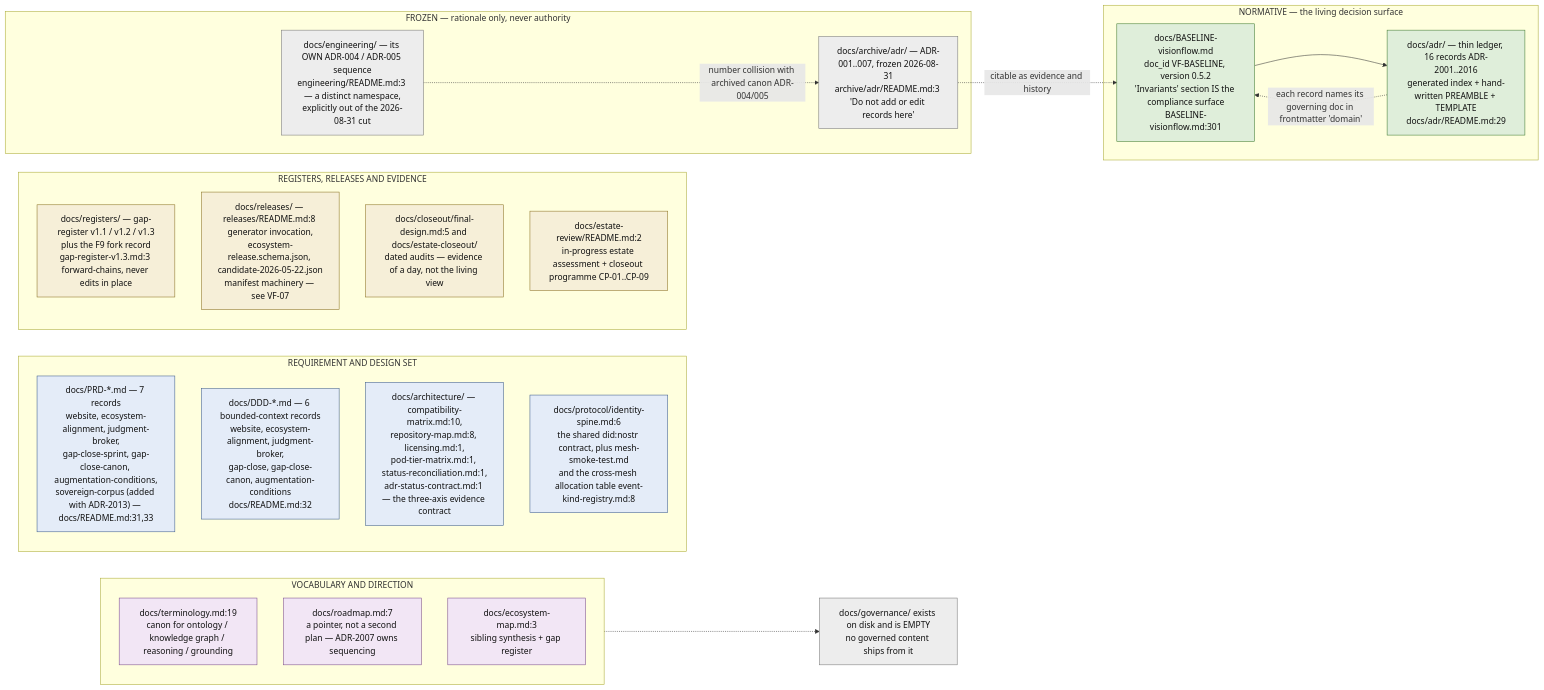
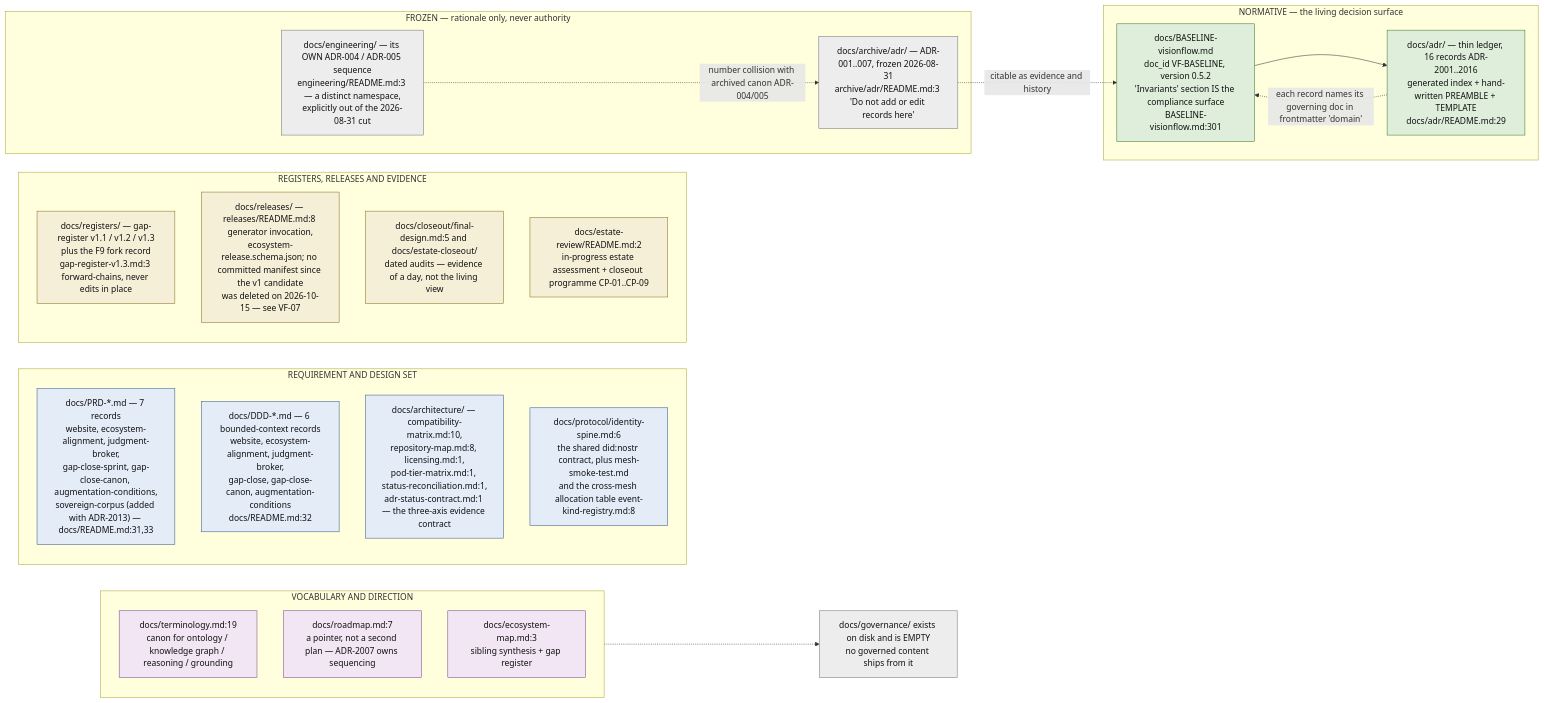
Before and after one commit to DreamLab-AI/VisionFlow: the first of 11 diagrams in docs/diagrams/visionflow/01-repo-composition-and-canon.md, drawn with Mermaid. The commit also changed other lines of this file and 10 other files, not shown here.

First line of the commit message:
docs(diagrams): close ER-1 to ER-4 and ER-33 across ten topics, re-stamped

````diff
--- a/docs/diagrams/visionflow/01-repo-composition-and-canon.md
+++ b/docs/diagrams/visionflow/01-repo-composition-and-canon.md
@@ -66,45 +65,45 @@
 ```mermaid
 flowchart LR
     classDef norm fill:#dfeeda,stroke:#3f7a2f,color:#111
     classDef spec fill:#e4ecf8,stroke:#3a5a8a,color:#111
     classDef reg fill:#f6efd8,stroke:#8a7020,color:#111
     classDef frozen fill:#ededed,stroke:#777,color:#111
     classDef other fill:#f2e6f5,stroke:#7a4a8a,color:#111
 
     subgraph LIVING["NORMATIVE — the living decision surface"]
         BASE["docs/BASELINE-visionflow.md<br/>doc_id VF-BASELINE, version 0.5.2<br/>'Invariants' section IS the compliance surface<br/>BASELINE-visionflow.md:301"]:::norm
         LED["docs/adr/ — thin ledger, 16 records ADR-2001..2016<br/>generated index + hand-written PREAMBLE + TEMPLATE<br/>docs/adr/README.md:29"]:::norm
     end
 
     subgraph SPECS["REQUIREMENT AND DESIGN SET"]
         PRD["docs/PRD-*.md — 7 records<br/>website, ecosystem-alignment, judgment-broker,<br/>gap-close-sprint, gap-close-canon, augmentation-conditions,<br/>sovereign-corpus (added with ADR-2013) — docs/README.md:31,33"]:::spec
         DDD["docs/DDD-*.md — 6 bounded-context records<br/>website, ecosystem-alignment, judgment-broker,<br/>gap-close, gap-close-canon, augmentation-conditions<br/>docs/README.md:32"]:::spec
         ARCH["docs/architecture/ — compatibility-matrix.md:10,<br/>repository-map.md:8, licensing.md:1,<br/>pod-tier-matrix.md:1, status-reconciliation.md:1,<br/>adr-status-contract.md:1 — the three-axis evidence contract"]:::spec
         PROTO["docs/protocol/identity-spine.md:6<br/>the shared did:nostr contract, plus mesh-smoke-test.md<br/>and the cross-mesh allocation table event-kind-registry.md:8"]:::spec
     end
 
     subgraph EVID["REGISTERS, RELEASES AND EVIDENCE"]
         REG["docs/registers/ — gap-register v1.1 / v1.2 / v1.3<br/>plus the F9 fork record<br/>gap-register-v1.3.md:3 forward-chains, never edits in place"]:::reg
-        REL["docs/releases/ — releases/README.md:8 generator invocation,<br/>ecosystem-release.schema.json, candidate-2026-05-22.json<br/>manifest machinery — see VF-07"]:::reg
+        REL["docs/releases/ — releases/README.md:8 generator invocation,<br/>ecosystem-release.schema.json; no committed manifest since the v1 candidate<br/>was deleted on 2026-10-15 — see VF-07"]:::reg
         CLOSE["docs/closeout/final-design.md:5 and docs/estate-closeout/<br/>dated audits — evidence of a day, not the living view"]:::reg
         REVIEW["docs/estate-review/README.md:2<br/>in-progress estate assessment + closeout programme CP-01..CP-09"]:::reg
     end
 
     subgraph WORDS["VOCABULARY AND DIRECTION"]
         TERM["docs/terminology.md:19<br/>canon for ontology / knowledge graph / reasoning / grounding"]:::other
         ROAD["docs/roadmap.md:7<br/>a pointer, not a second plan — ADR-2007 owns sequencing"]:::other
         MAP["docs/ecosystem-map.md:3<br/>sibling synthesis + gap register"]:::other
     end
 
     subgraph FROZEN["FROZEN — rationale only, never authority"]
         ARCHV["docs/archive/adr/ — ADR-001..007, frozen 2026-08-31<br/>archive/adr/README.md:3 'Do not add or edit records here'"]:::frozen
         ENG["docs/engineering/ — its OWN ADR-004 / ADR-005 sequence<br/>engineering/README.md:3 — a distinct namespace,<br/>explicitly out of the 2026-08-31 cut"]:::frozen
     end
 
     BASE --> LED
     LED -.->|"each record names its governing doc in frontmatter 'domain'"| BASE
     ARCHV -.->|"citable as evidence and history"| BASE
     ENG -.->|"number collision with archived canon ADR-004/005"| ARCHV
     EMPTY["docs/governance/ exists on disk and is EMPTY<br/>no governed content ships from it"]:::frozen
     WORDS -.-> EMPTY
 ```
````
